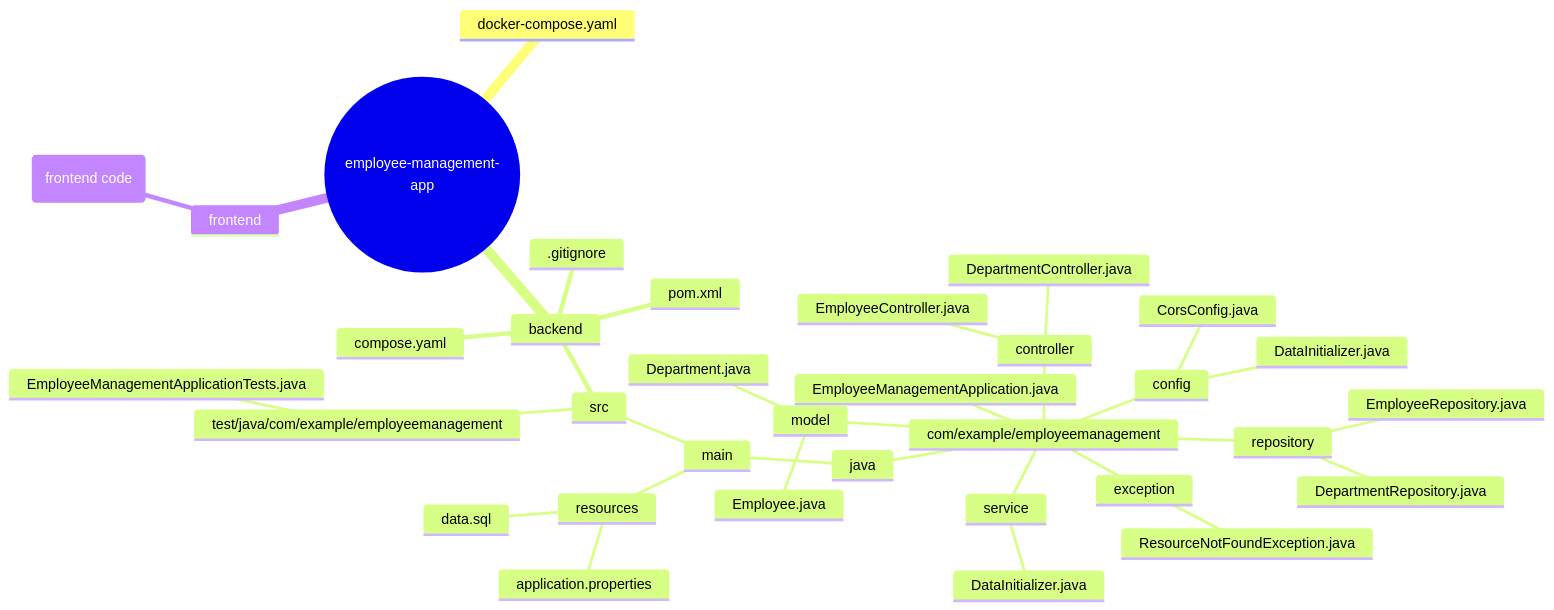
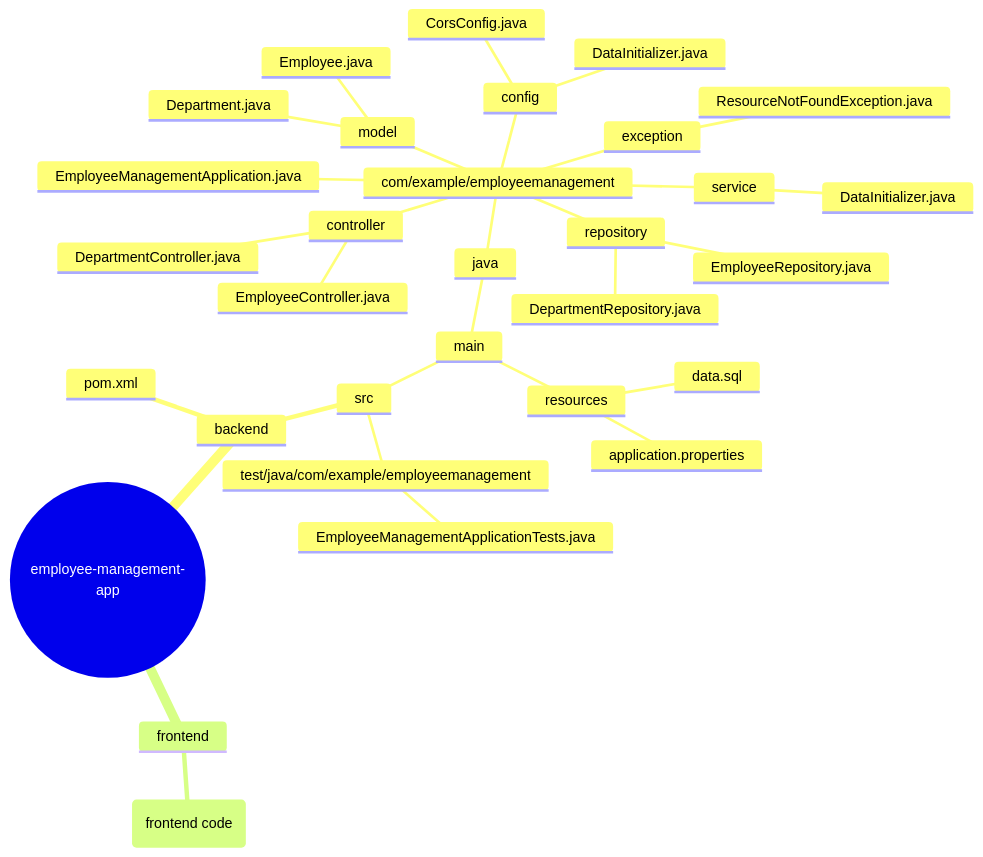
Before and after one commit to Ushakudale1511/Employee-Management_system: the diagram in backend/README.md, drawn with Mermaid.

````diff
--- a/backend/README.md
+++ b/backend/README.md
@@ -22,37 +22,35 @@
 ```mermaid
 mindmap
   root((employee-management-app))
-    docker-compose.yaml
     backend
       src
         main
           java
             com/example/employeemanagement
               EmployeeManagementApplication.java
               config
                 CorsConfig.java
                 DataInitializer.java
               controller
                 DepartmentController.java
                 EmployeeController.java
               model
                 Department.java
                 Employee.java
               repository
                 DepartmentRepository.java
                 EmployeeRepository.java
               service
                 DataInitializer.java
               exception
                 ResourceNotFoundException.java
           resources
             application.properties
             data.sql
         test/java/com/example/employeemanagement
           EmployeeManagementApplicationTests.java
-      .gitignore
+
       pom.xml
-      compose.yaml
     frontend
       (frontend code)
 ```
````
